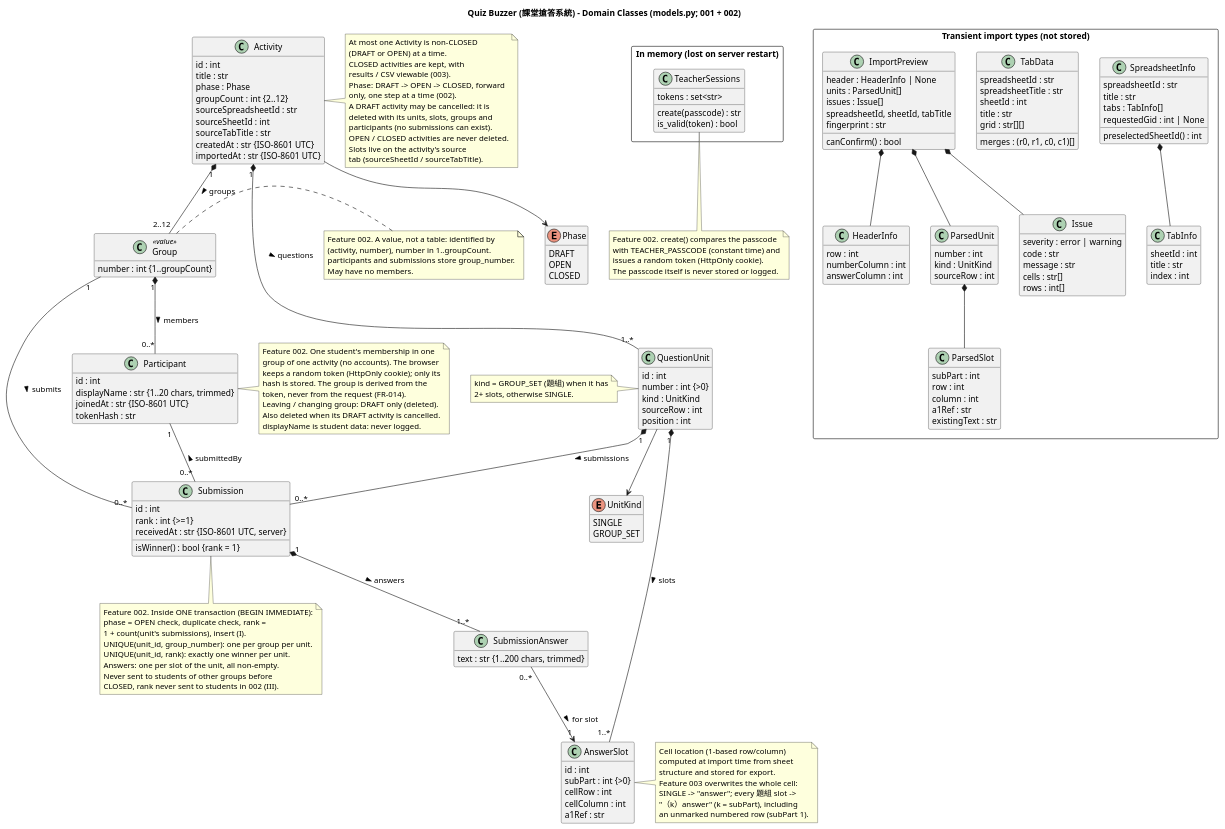
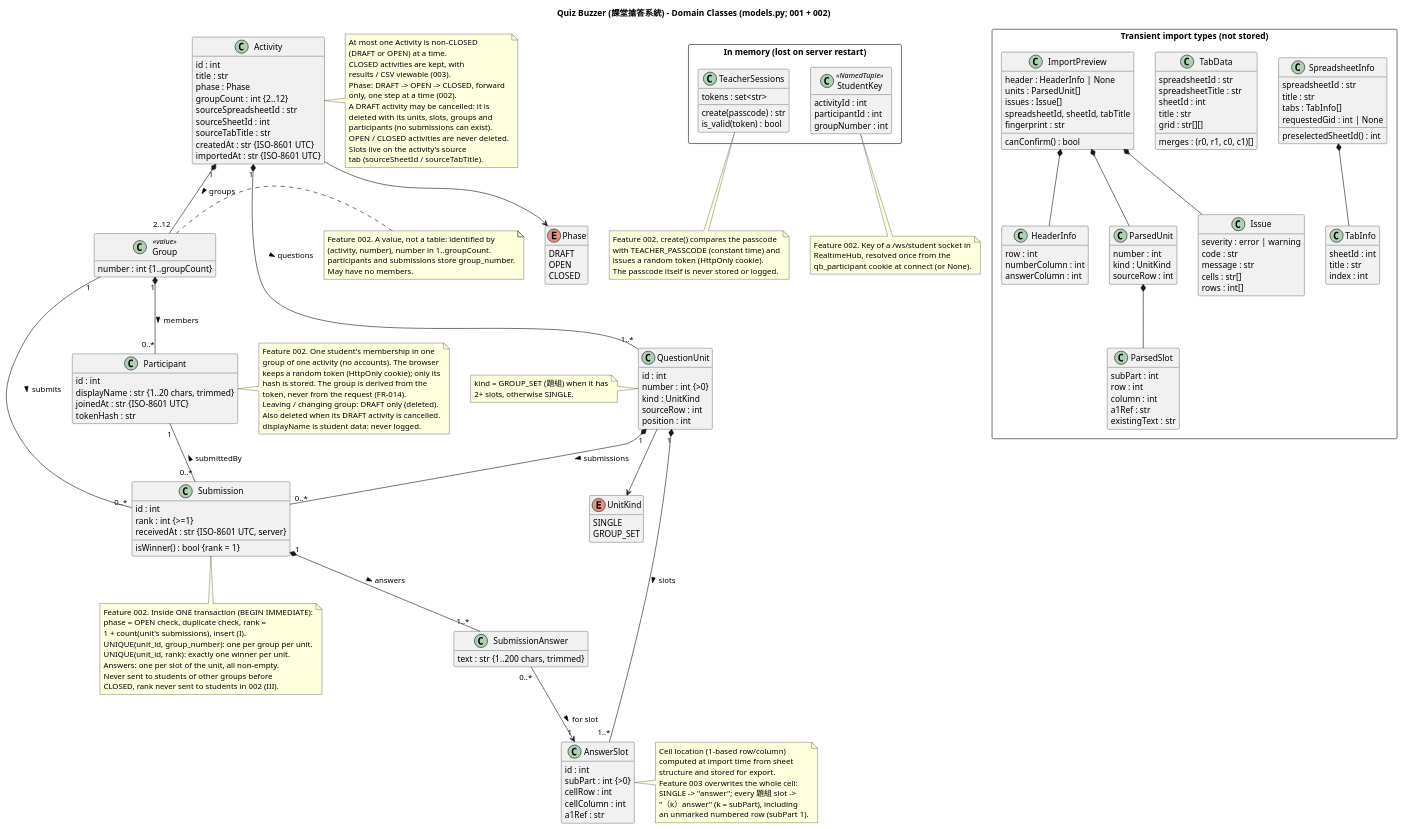
The diagram in diagrams/domain-class.puml (WasabiSaikou/quiz-buzzer), drawn with PlantUML before and after one commit. The commit also changed 16 other files, not shown here.

First line of the commit message:
chore(002): Phase 8 polish - log hygiene, push latency, code-vs-diagram verification

```diff
--- a/diagrams/domain-class.puml
+++ b/diagrams/domain-class.puml
@@ -204,7 +204,18 @@
     create(passcode) : str
     is_valid(token) : bool
   }
+  class StudentKey <<NamedTuple>> {
+    activityId : int
+    participantId : int
+    groupNumber : int
+  }
 }
+
+note bottom of StudentKey
+  Feature 002. Key of a /ws/student socket in
+  RealtimeHub, resolved once from the
+  qb_participant cookie at connect (or None).
+end note
 
 note bottom of TeacherSessions
   Feature 002. create() compares the passcode
```
